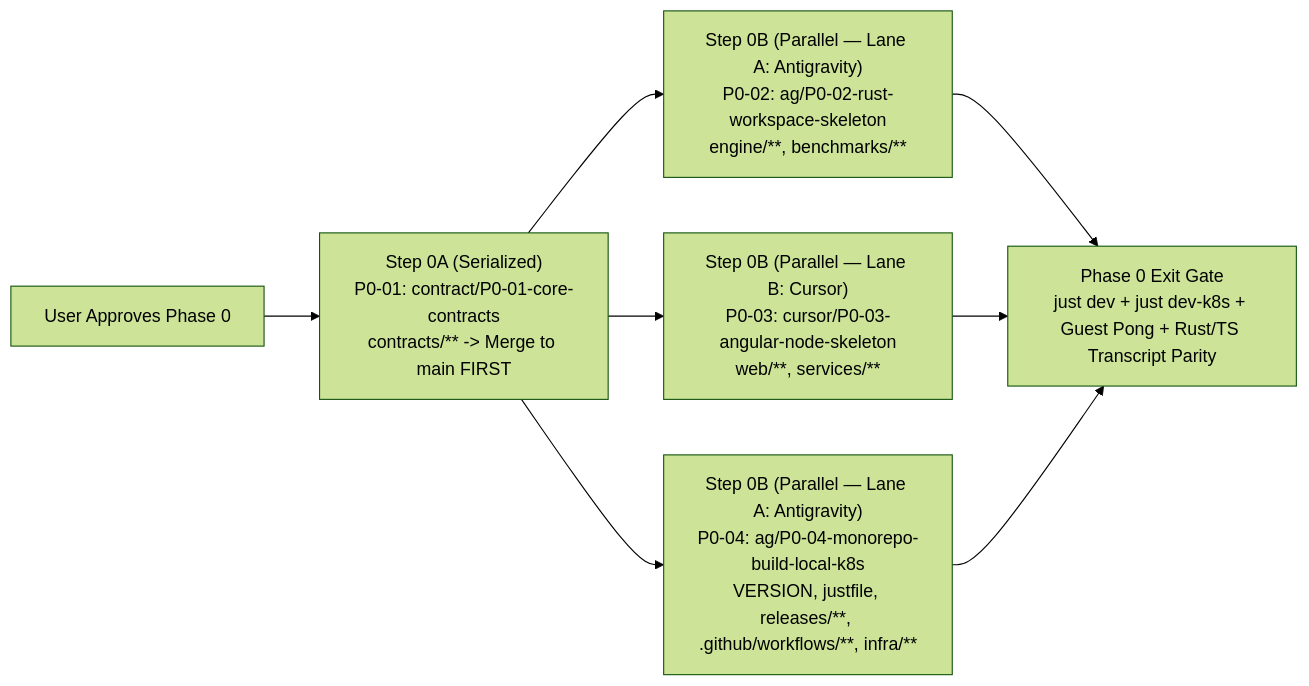
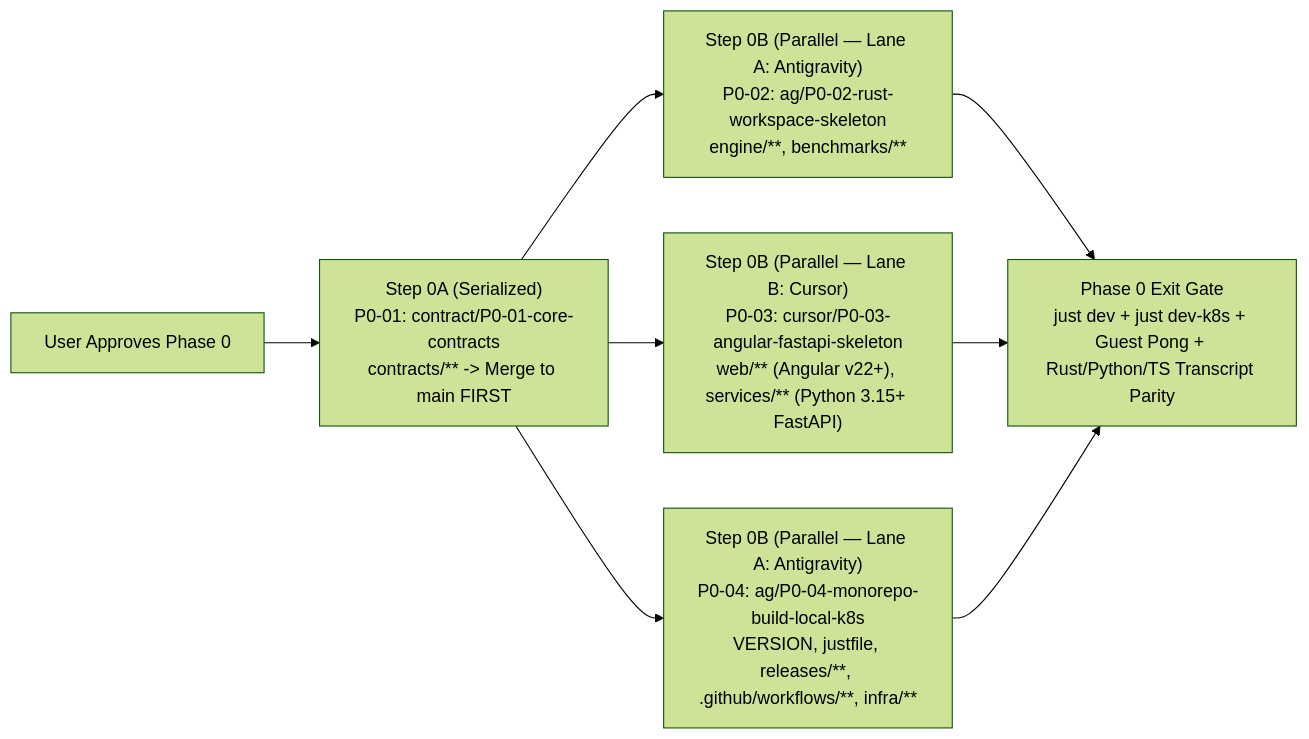
The diagram in docs/engineering/PHASE0_LAUNCH_PLAYBOOK.md (the-code-master/signal), drawn with Mermaid (forest theme) before and after one commit. The commit also changed other lines of this file and 52 other files, not shown here.

Commit message:
docs: enforce Angular v22+, Rust 1.100+, Node 26 LTS+ & adopt Python 3.15+ FastAPI Control Plane (ADR-002)

````diff
--- a/docs/engineering/PHASE0_LAUNCH_PLAYBOOK.md
+++ b/docs/engineering/PHASE0_LAUNCH_PLAYBOOK.md
@@ -20,10 +20,10 @@
 ```mermaid
 flowchart LR
     Gate["User Approves Phase 0"] --> P01["Step 0A (Serialized)\nP0-01: contract/P0-01-core-contracts\ncontracts/** -> Merge to main FIRST"]
     P01 --> P02["Step 0B (Parallel — Lane A: Antigravity)\nP0-02: ag/P0-02-rust-workspace-skeleton\nengine/**, benchmarks/**"]
-    P01 --> P03["Step 0B (Parallel — Lane B: Cursor)\nP0-03: cursor/P0-03-angular-node-skeleton\nweb/**, services/**"]
+    P01 --> P03["Step 0B (Parallel — Lane B: Cursor)\nP0-03: cursor/P0-03-angular-fastapi-skeleton\nweb/** (Angular v22+), services/** (Python 3.15+ FastAPI)"]
     P01 --> P04["Step 0B (Parallel — Lane A: Antigravity)\nP0-04: ag/P0-04-monorepo-build-local-k8s\nVERSION, justfile, releases/**, .github/workflows/**, infra/**"]
-    P02 --> Verify["Phase 0 Exit Gate\njust dev + just dev-k8s + Guest Pong + Rust/TS Transcript Parity"]
+    P02 --> Verify["Phase 0 Exit Gate\njust dev + just dev-k8s + Guest Pong + Rust/Python/TS Transcript Parity"]
     P03 --> Verify
     P04 --> Verify
 ```
````
